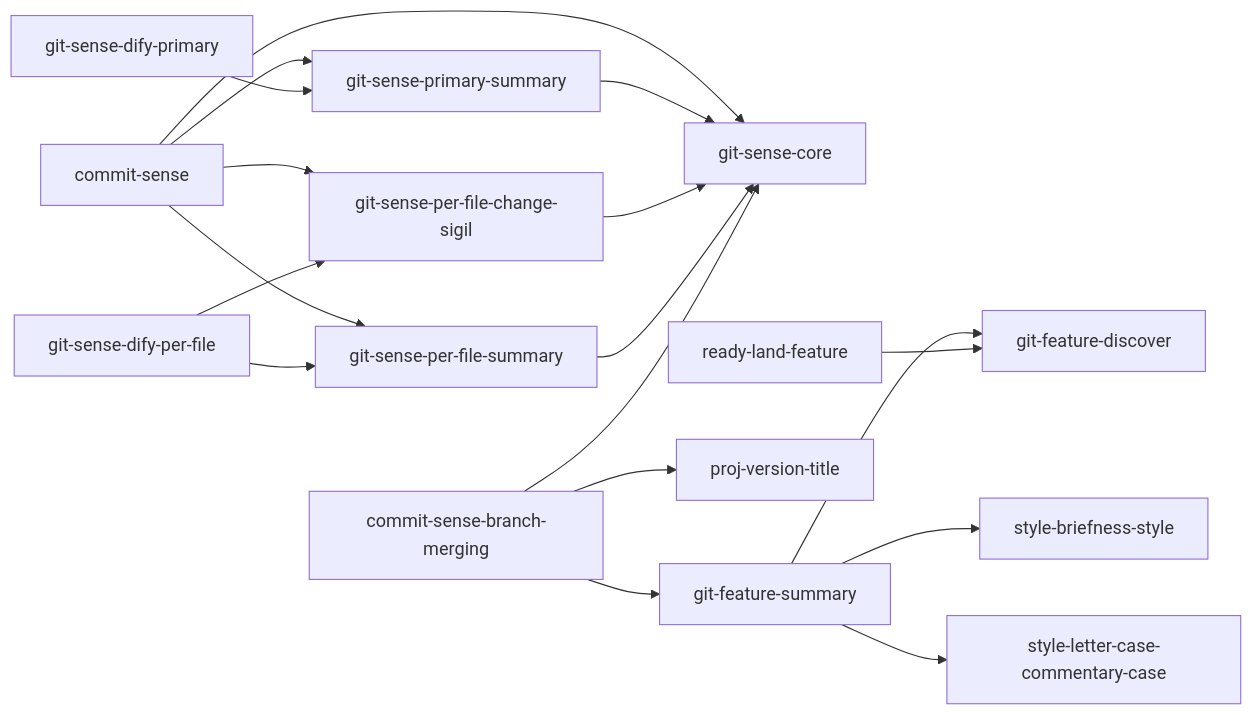
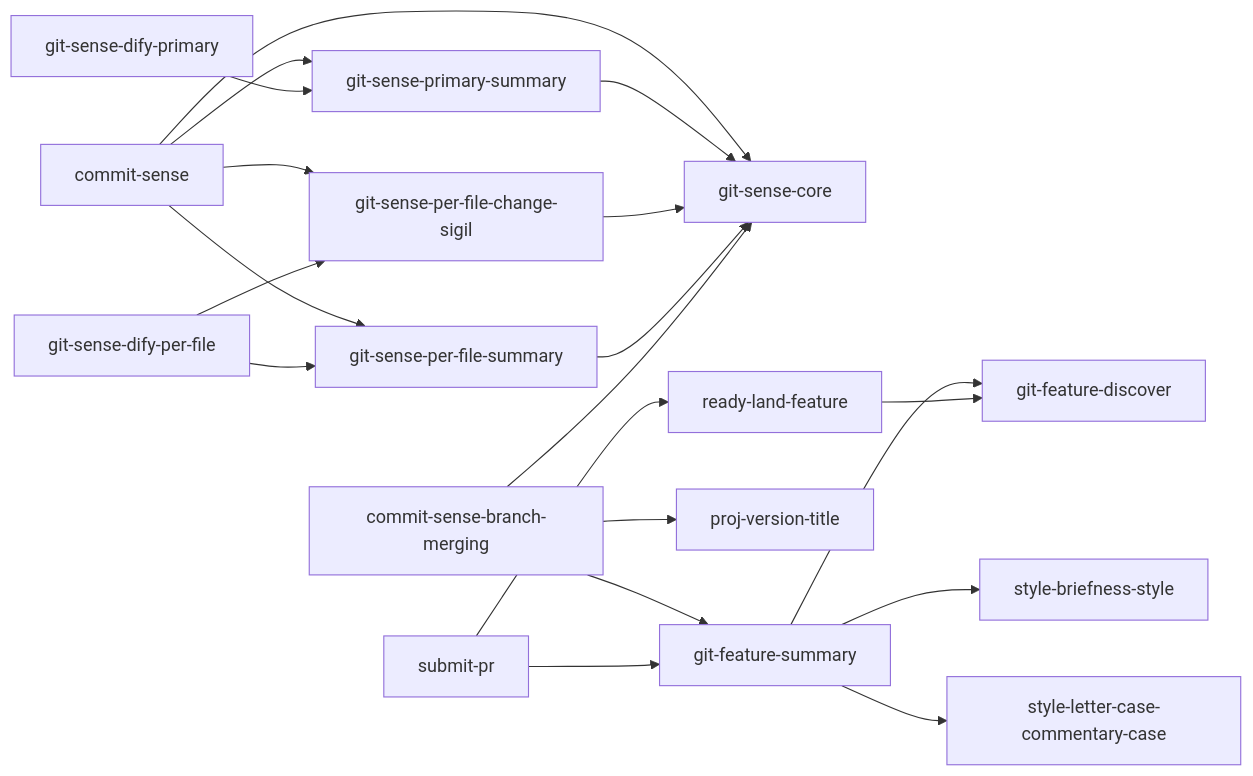
The third of 7 diagrams in docs/blueprint-doc.md (kami-lel/kaye-library), drawn with Mermaid before and after one commit. The commit also changed 5 other files, not shown here.

````diff
--- a/docs/blueprint-doc.md
+++ b/docs/blueprint-doc.md
@@ -76,20 +76,22 @@
 ```mermaid
 flowchart LR
     commit_sense["commit-sense"] --> git_sense_core["git-sense-core"]
     commit_sense --> git_sense_primary_summary["git-sense-primary-summary"]
     commit_sense --> git_sense_per_file_change_sigil["git-sense-per-file-change-sigil"]
     commit_sense --> git_sense_per_file_summary["git-sense-per-file-summary"]
     git_sense_primary_summary --> git_sense_core
     git_sense_per_file_change_sigil --> git_sense_core
     git_sense_per_file_summary --> git_sense_core
     commit_sense_branch_merging["commit-sense-branch-merging"] --> git_sense_core
     commit_sense_branch_merging --> git_feature_summary["git-feature-summary"]
     commit_sense_branch_merging --> proj_version_title["proj-version-title"]
     git_sense_dify_primary["git-sense-dify-primary"] --> git_sense_primary_summary
     git_sense_dify_per_file["git-sense-dify-per-file"] --> git_sense_per_file_change_sigil
     git_sense_dify_per_file --> git_sense_per_file_summary
     git_feature_summary["git-feature-summary"] --> git_feature_discover["git-feature-discover"]
     ready_land_feature["ready-land-feature"] --> git_feature_discover
+    submit_pr["submit-pr"] --> ready_land_feature
+    submit_pr --> git_feature_summary
     git_feature_summary --> style_briefness_style["style-briefness-style"]
     git_feature_summary --> style_letter_case_commentary_case["style-letter-case-commentary-case"]
 ```
````
